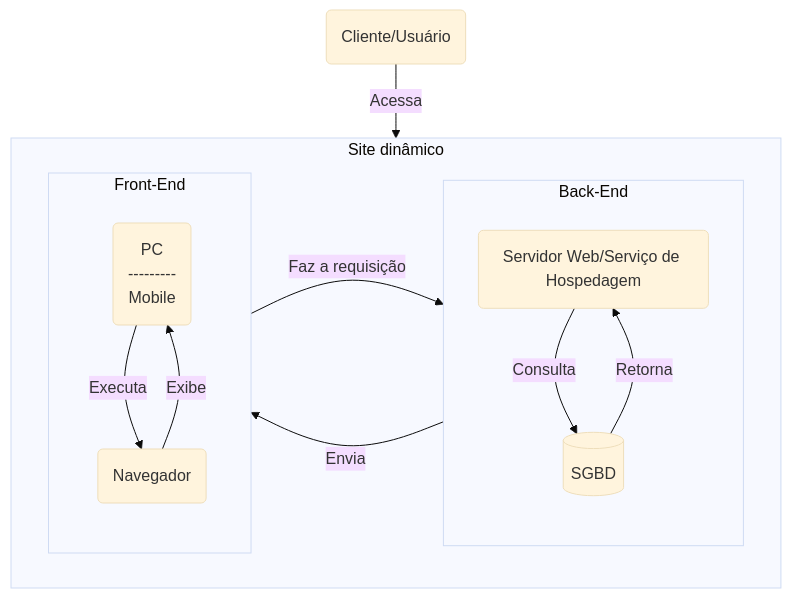
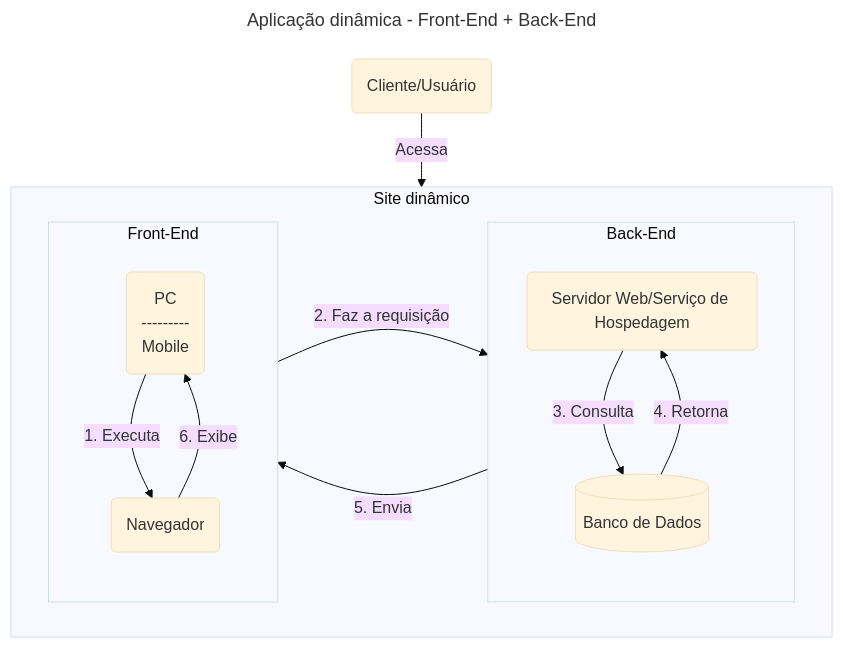
Before and after one commit to dev-alexmachado/guia_rapido_aplicacoes_web: the second of 2 diagrams in README.md, drawn with Mermaid (base theme). The commit also changed other lines of this file, not shown here.

Commit message:
Correção: ordem das ações nos diagramas.

```diff
--- a/README.md
+++ b/README.md
@@ -64,27 +67,30 @@
 ~~~mermaid
+---
+title: Aplicação dinâmica - Front-End + Back-End
+---
 graph TD
     A(Cliente/Usuário) -- Acessa --> Sistema
 
     subgraph Sistema [Site dinâmico]
         direction LR
 
         subgraph Back-End
             direction TD
-            D(Servidor Web/Serviço de Hospedagem) -- Consulta --> E[(SGBD)]
+            D(Servidor Web/Serviço de Hospedagem) -- 3. Consulta --> E[(Banco de Dados)]
 
-            E -- Retorna --> D
+            E -- 4. Retorna --> D
         end
 
-        Front-End -- Faz a requisição --> Back-End
-        Back-End -- Envia --> Front-End
+        Front-End -- 2. Faz a requisição --> Back-End
+        Back-End -- 5. Envia --> Front-End
 
         subgraph Front-End
             direction TD
-            B(PC<br>---------<br>Mobile) -- Executa --> C(Navegador)
+            B(PC<br>---------<br>Mobile) -- 1. Executa --> C(Navegador)
 
-            C -- Exibe --> B
+            C -- 6. Exibe --> B
         end
 
         
     end
 ~~~
```
